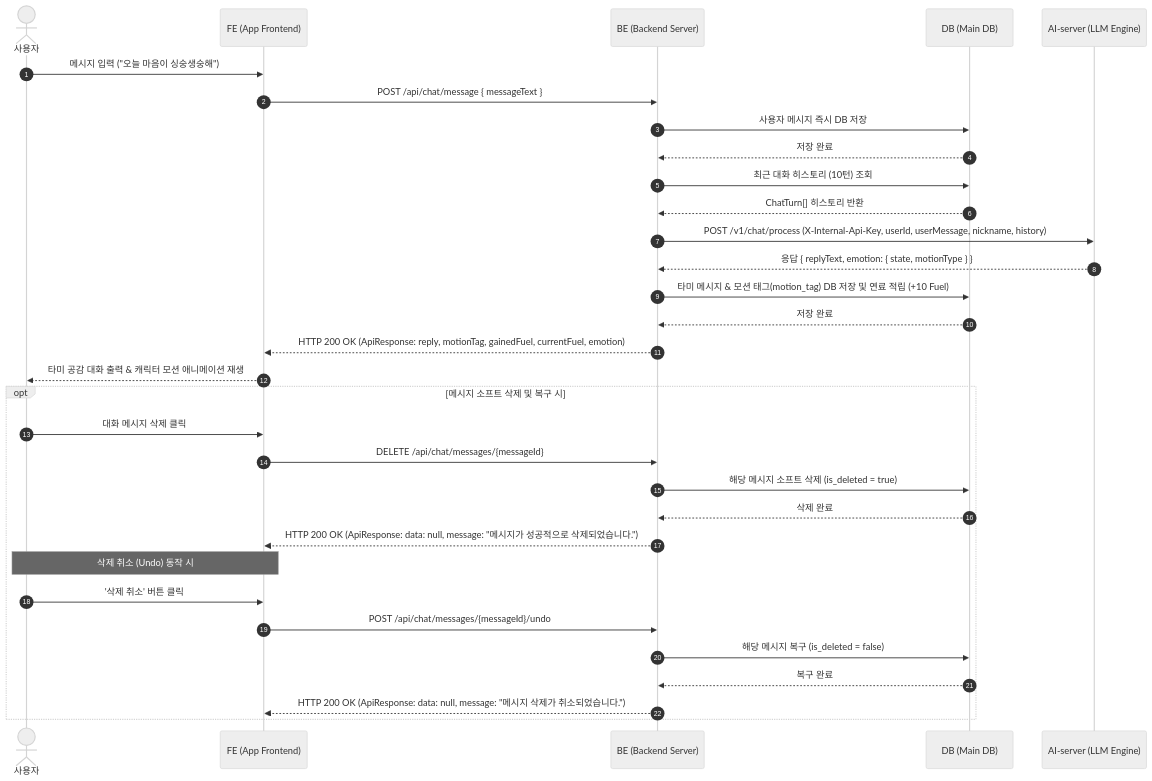
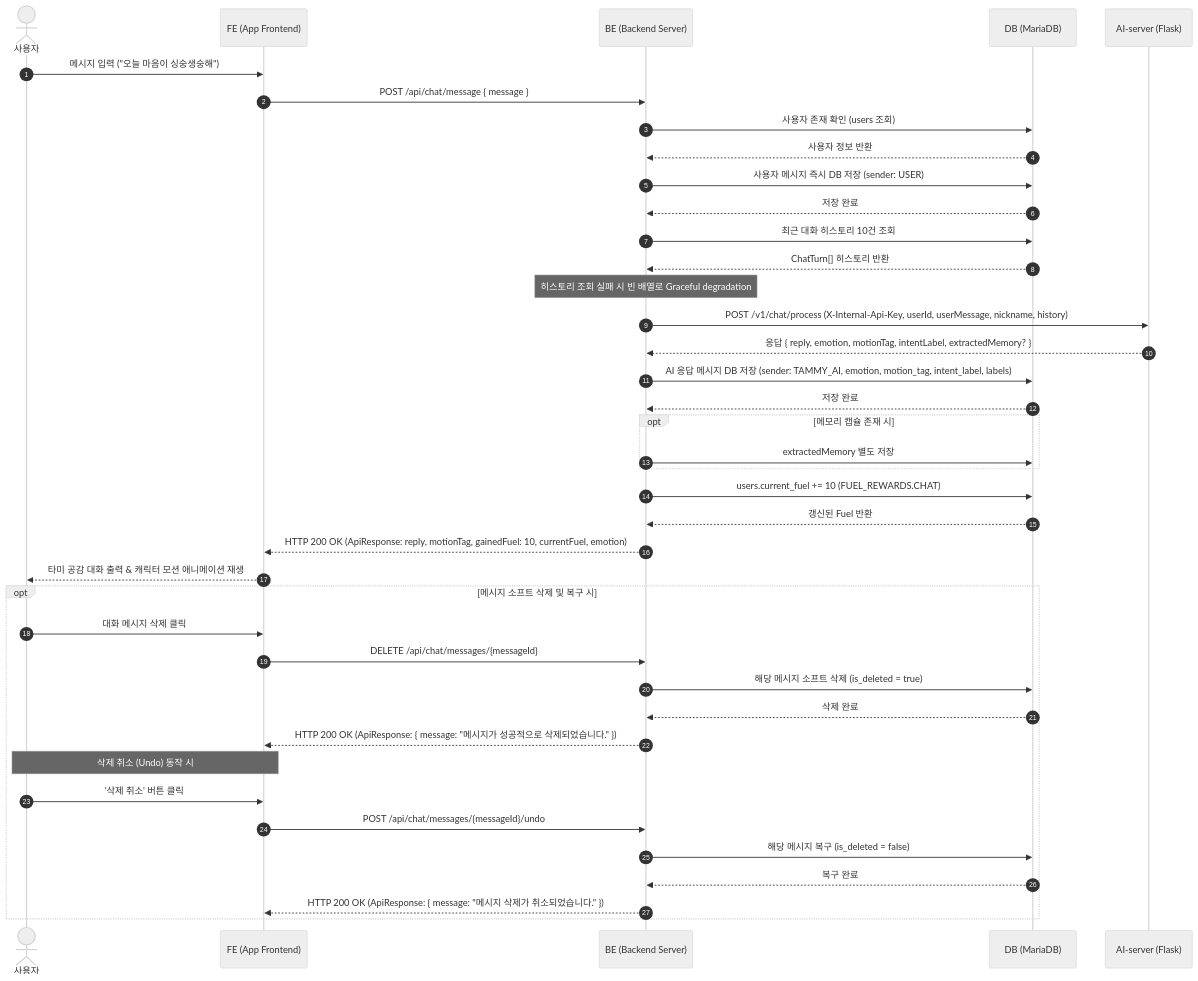
The sixth of 13 diagrams in docs/2. v3/4. Sequence Diagram.md (wooddang-gachon/NASA_backEnd), drawn with Mermaid (neutral theme) before and after one commit. The commit also changed other lines of this file and 67 other files, not shown here.

````diff
--- a/docs/2. v3/4. Sequence Diagram.md
+++ b/docs/2. v3/4. Sequence Diagram.md
@@ -151,39 +184,53 @@
 ```mermaid
 sequenceDiagram
     autonumber
     actor User as 사용자
     participant FE as FE (App Frontend)
     participant BE as BE (Backend Server)
-    participant DB as DB (Main DB)
-    participant AI as AI-server (LLM Engine)
+    participant DB as DB (MariaDB)
+    participant AI as AI-server (Flask)
 
     User->>FE: 메시지 입력 ("오늘 마음이 싱숭생숭해")
-    FE->>BE: POST /api/chat/message { messageText }
-    BE->>DB: 사용자 메시지 즉시 DB 저장
+    FE->>BE: POST /api/chat/message { message }
+
+    BE->>DB: 사용자 존재 확인 (users 조회)
+    DB-->>BE: 사용자 정보 반환
+
+    BE->>DB: 사용자 메시지 즉시 DB 저장 (sender: USER)
     DB-->>BE: 저장 완료
-    BE->>DB: 최근 대화 히스토리 (10턴) 조회
+
+    BE->>DB: 최근 대화 히스토리 10건 조회
     DB-->>BE: ChatTurn[] 히스토리 반환
-    
+    Note over BE: 히스토리 조회 실패 시 빈 배열로 Graceful degradation
+
     BE->>AI: POST /v1/chat/process (X-Internal-Api-Key, userId, userMessage, nickname, history)
-    AI-->>BE: 응답 { replyText, emotion: { state, motionType } }
-    
-    BE->>DB: 타미 메시지 & 모션 태그(motion_tag) DB 저장 및 연료 적립 (+10 Fuel)
+    AI-->>BE: 응답 { reply, emotion, motionTag, intentLabel, extractedMemory? }
+
+    BE->>DB: AI 응답 메시지 DB 저장 (sender: TAMMY_AI, emotion, motion_tag, intent_label, labels)
     DB-->>BE: 저장 완료
-    BE-->>FE: HTTP 200 OK (ApiResponse: reply, motionTag, gainedFuel, currentFuel, emotion)
+
+    opt 메모리 캡슐 존재 시
+        BE->>DB: extractedMemory 별도 저장
+    end
+
+    BE->>DB: users.current_fuel += 10 (FUEL_REWARDS.CHAT)
+    DB-->>BE: 갱신된 Fuel 반환
+
+    BE-->>FE: HTTP 200 OK (ApiResponse: reply, motionTag, gainedFuel: 10, currentFuel, emotion)
     FE-->>User: 타미 공감 대화 출력 & 캐릭터 모션 애니메이션 재생
 
     opt 메시지 소프트 삭제 및 복구 시
         User->>FE: 대화 메시지 삭제 클릭
         FE->>BE: DELETE /api/chat/messages/{messageId}
         BE->>DB: 해당 메시지 소프트 삭제 (is_deleted = true)
         DB-->>BE: 삭제 완료
-        BE-->>FE: HTTP 200 OK (ApiResponse: data: null, message: "메시지가 성공적으로 삭제되었습니다.")
-        
+        BE-->>FE: HTTP 200 OK (ApiResponse: { message: "메시지가 성공적으로 삭제되었습니다." })
+
         Note over User, FE: 삭제 취소 (Undo) 동작 시
         User->>FE: '삭제 취소' 버튼 클릭
         FE->>BE: POST /api/chat/messages/{messageId}/undo
         BE->>DB: 해당 메시지 복구 (is_deleted = false)
         DB-->>BE: 복구 완료
-        BE-->>FE: HTTP 200 OK (ApiResponse: data: null, message: "메시지 삭제가 취소되었습니다.")
+        BE-->>FE: HTTP 200 OK (ApiResponse: { message: "메시지 삭제가 취소되었습니다." })
     end
 ```
````
